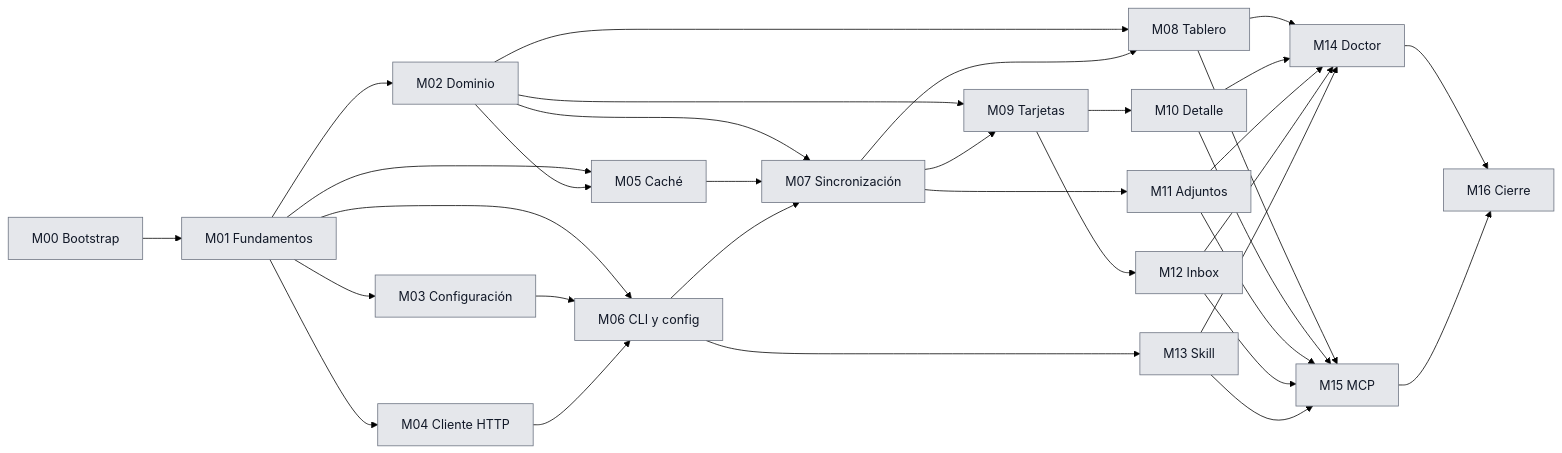
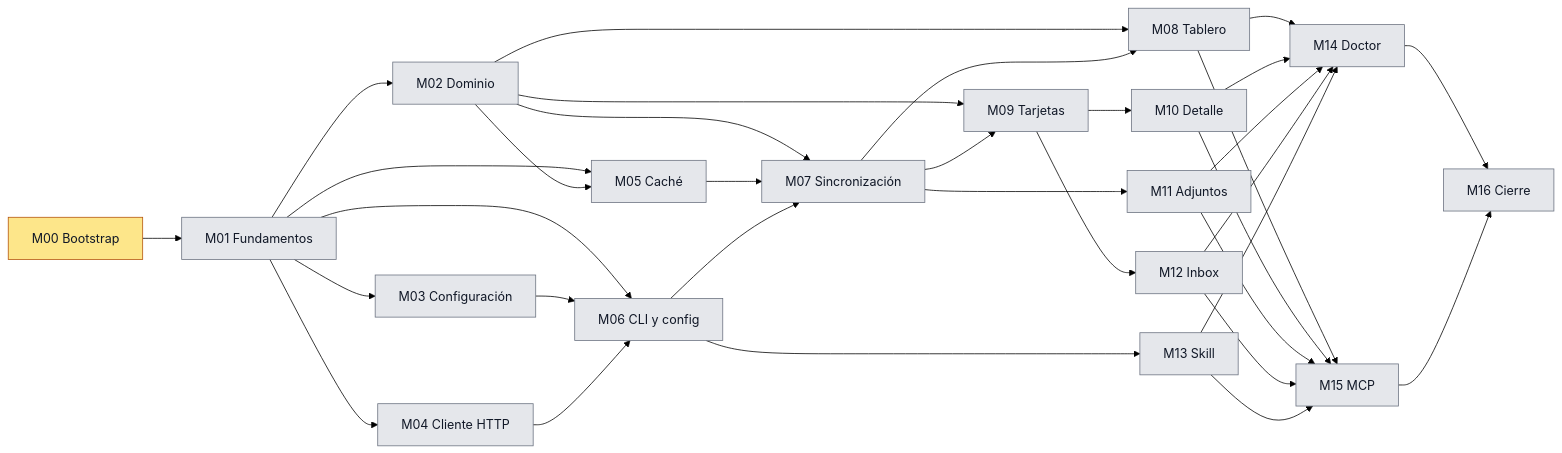
The diagram in docs/plan/00-plan-maestro.md (dayler/trelloctl), drawn with Mermaid (forest theme) before and after one commit. The commit also changed other lines of this file, not shown here.

````diff
--- a/docs/plan/00-plan-maestro.md
+++ b/docs/plan/00-plan-maestro.md
@@ -84,42 +84,43 @@
 ```mermaid
 flowchart LR
     M00[M00 Bootstrap] --> M01[M01 Fundamentos]
     M01 --> M02[M02 Dominio]
     M01 --> M03[M03 Configuración]
     M01 --> M04[M04 Cliente HTTP]
     M01 --> M05[M05 Caché]
     M02 --> M05
     M01 --> M06[M06 CLI y config]
     M03 --> M06
     M04 --> M06
     M02 --> M07[M07 Sincronización]
     M05 --> M07
     M06 --> M07
     M06 --> M13[M13 Skill]
     M02 --> M08[M08 Tablero]
     M07 --> M08
     M02 --> M09[M09 Tarjetas]
     M07 --> M09
     M07 --> M11[M11 Adjuntos]
     M09 --> M10[M10 Detalle]
     M09 --> M12[M12 Inbox]
     M08 --> M14[M14 Doctor]
     M10 --> M14
     M11 --> M14
     M12 --> M14
     M13 --> M14
     M08 --> M15[M15 MCP]
     M10 --> M15
     M11 --> M15
     M12 --> M15
     M13 --> M15
     M14 --> M16[M16 Cierre]
     M15 --> M16
 
     classDef pending fill:#e5e7eb,stroke:#6b7280,color:#111827
     classDef in_progress fill:#fde68a,stroke:#b45309,color:#111827
     classDef in_review fill:#bfdbfe,stroke:#1d4ed8,color:#111827
     classDef done fill:#bbf7d0,stroke:#15803d,color:#111827
     classDef blocked fill:#fecaca,stroke:#b91c1c,color:#111827
-    class M00,M01,M02,M03,M04,M05,M06,M07,M08,M09,M10,M11,M12,M13,M14,M15,M16 pending
+    class M01,M02,M03,M04,M05,M06,M07,M08,M09,M10,M11,M12,M13,M14,M15,M16 pending
+    class M00 in_progress
 ```
````
